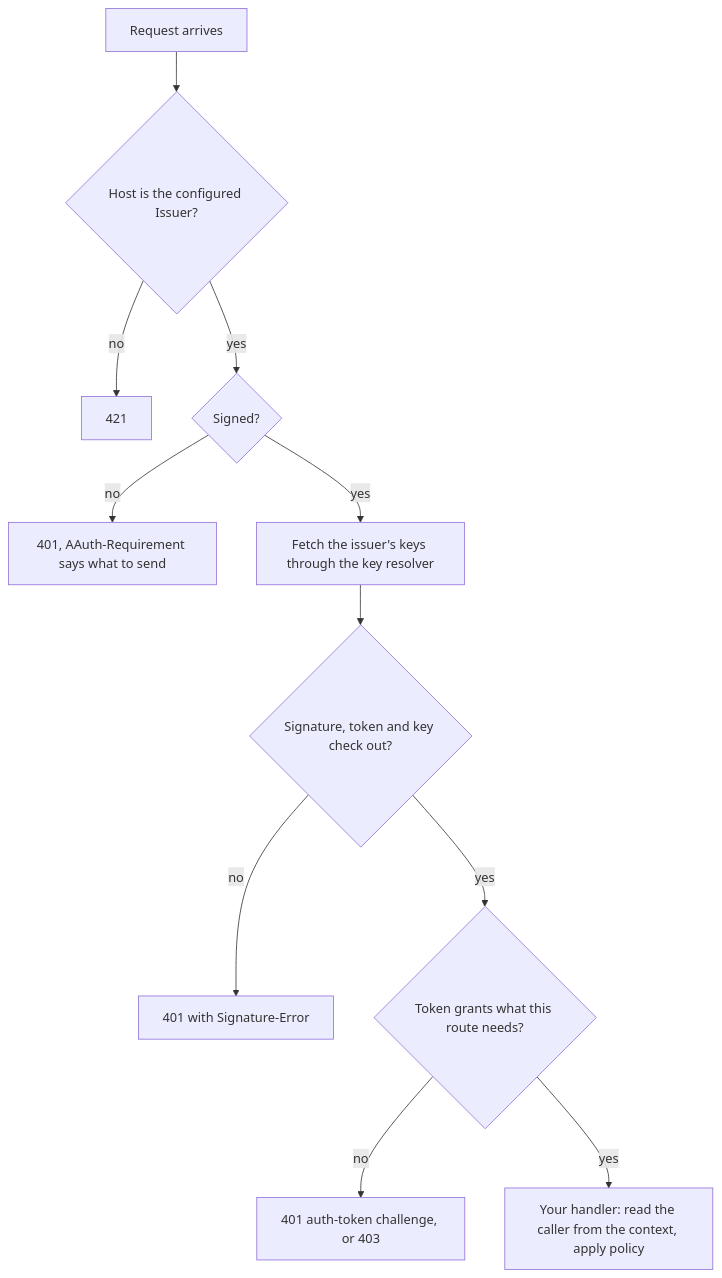
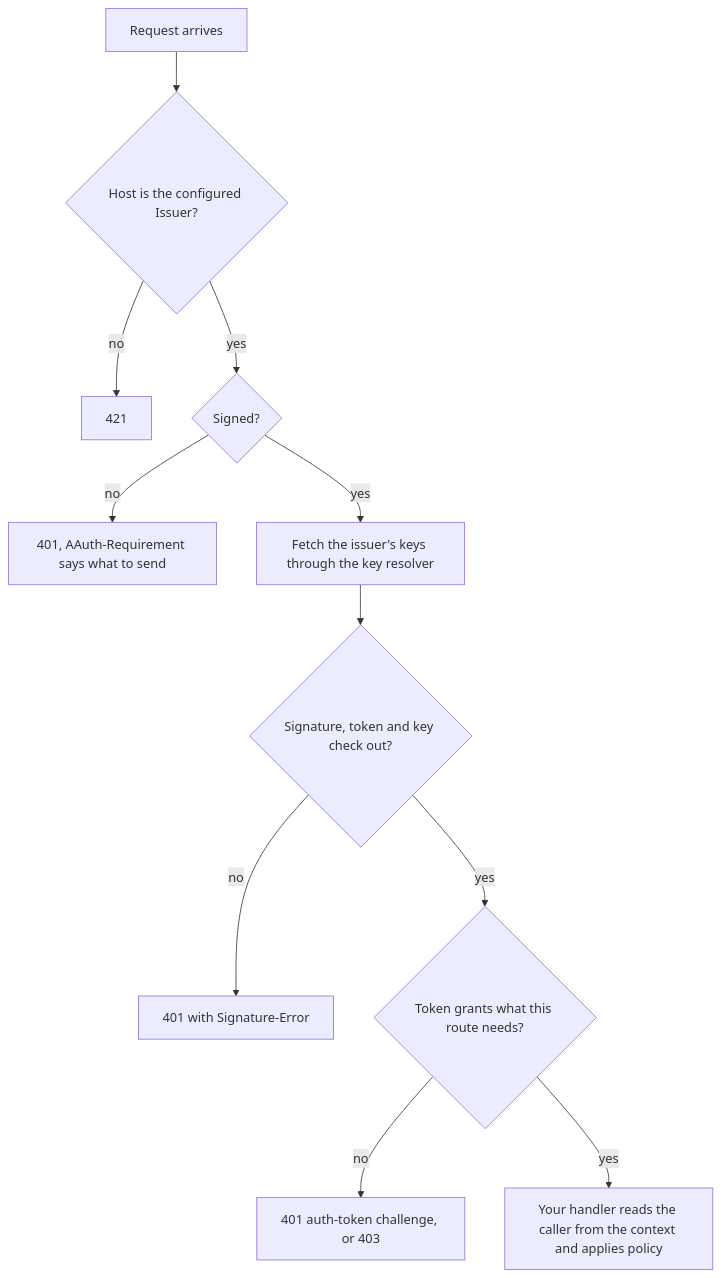
Before and after one commit to sidecat-dev/aauth-go: the diagram in docs/roles/resource.md, drawn with Mermaid. The commit also changed 14 other files, not shown here.

First line of the commit message:
docs: make every mermaid diagram render on GitLab

````diff
--- a/docs/roles/resource.md
+++ b/docs/roles/resource.md
@@ -18,13 +18,13 @@
 ```mermaid
 flowchart TD
     A[Request arrives] --> B{Host is the configured Issuer?}
     B -->|no| B1[421]
     B -->|yes| C{Signed?}
     C -->|no| C1[401, AAuth-Requirement says what to send]
     C -->|yes| D[Fetch the issuer's keys through the key resolver]
     D --> E{Signature, token and key check out?}
     E -->|no| E1[401 with Signature-Error]
     E -->|yes| F{Token grants what this route needs?}
     F -->|no| F1[401 auth-token challenge, or 403]
-    F -->|yes| G[Your handler: read the caller from the context, apply policy]
+    F -->|yes| G[Your handler reads the caller from the context and applies policy]
 ```
````
